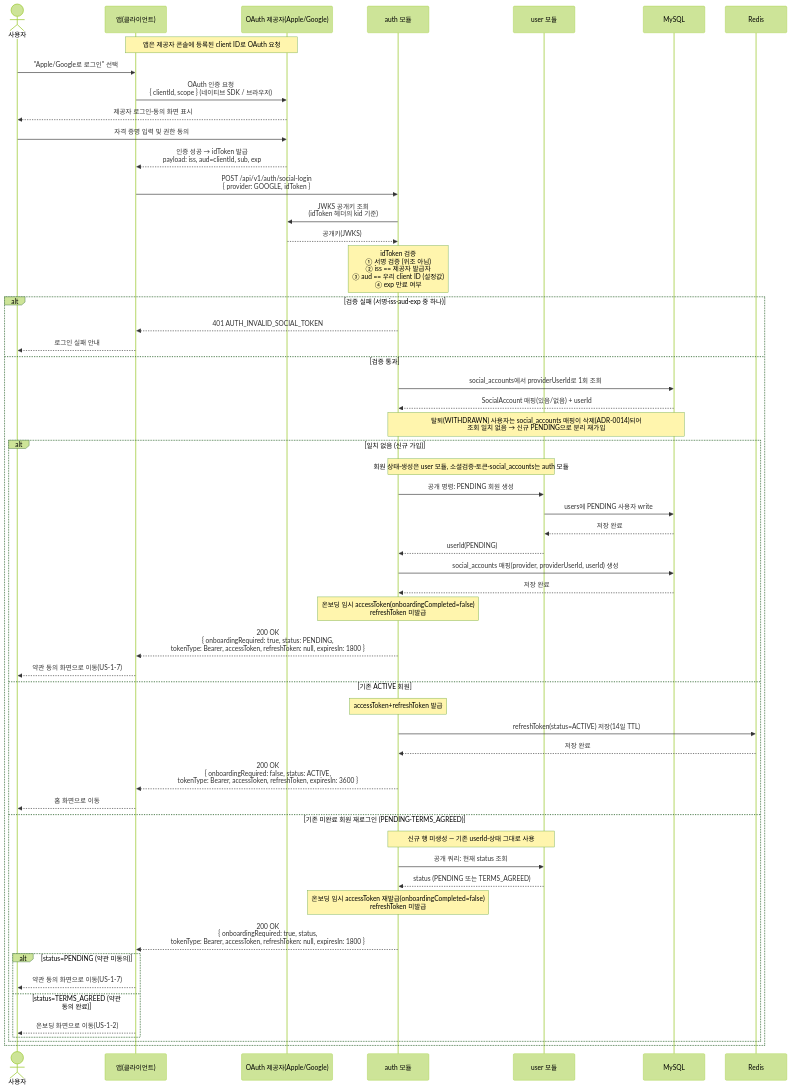
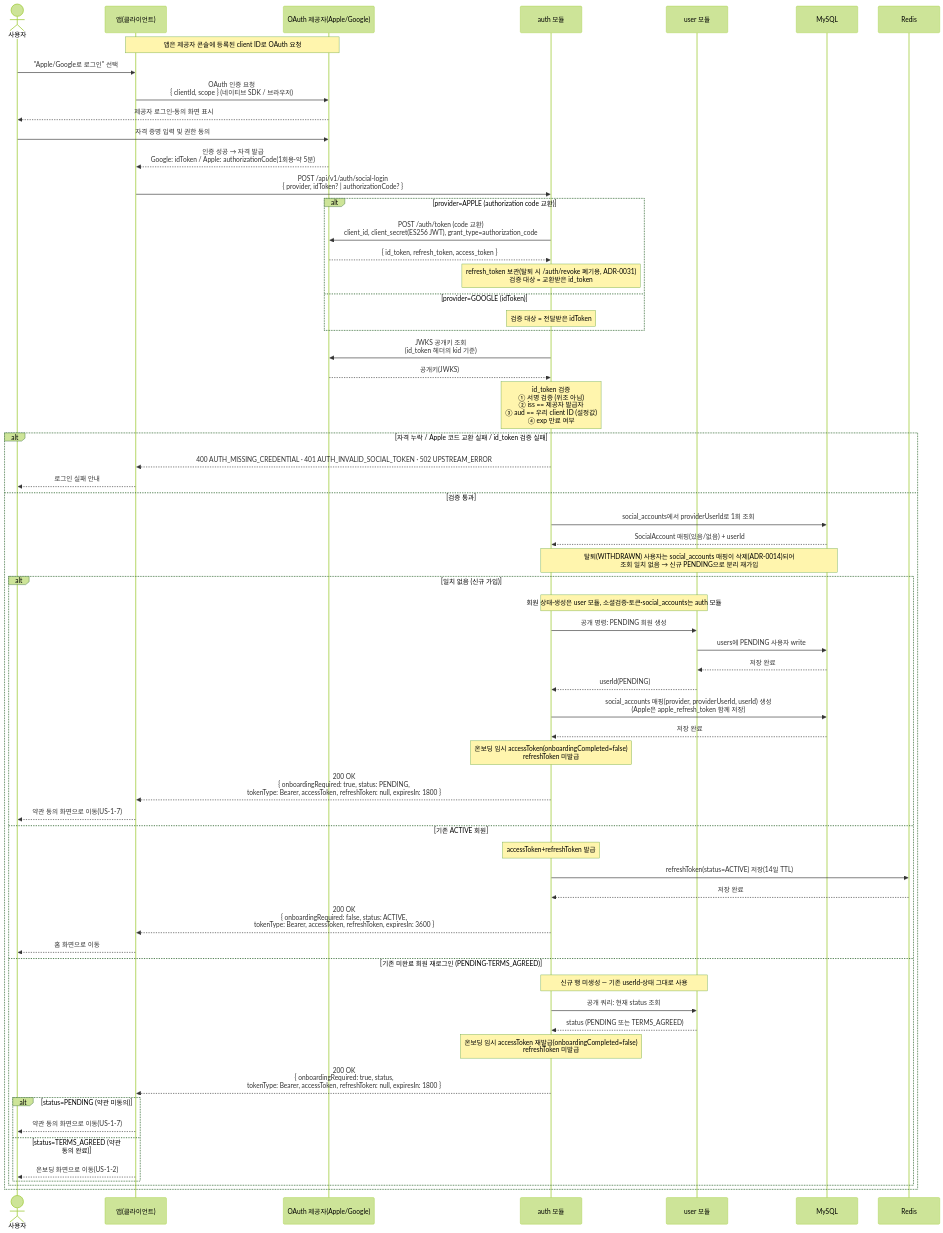
One commit to jameskim9509/Kohere-backend changed the diagram in docs/architecture/sequence-diagrams/01-auth-onboarding/us-1-1-social-login.md. Above: the diagram before and after it, drawn with Mermaid (forest theme). The commit also changed other lines of this file and 7 other files, not shown here.

First line of the commit message:
docs(auth): Apple 로그인 인가코드 방식 전환 설계 문서화

````diff
--- a/docs/architecture/sequence-diagrams/01-auth-onboarding/us-1-1-social-login.md
+++ b/docs/architecture/sequence-diagrams/01-auth-onboarding/us-1-1-social-login.md
@@ -7,58 +7,65 @@
 ```mermaid
 sequenceDiagram
     actor U as 사용자
     participant C as 앱(클라이언트)
     participant P as OAuth 제공자(Apple/Google)
     participant S as auth 모듈
     participant USER as user 모듈
     participant SQL as MySQL
     participant RDS as Redis
 
     Note over C,P: 앱은 제공자 콘솔에 등록된 client ID로 OAuth 요청
     U->>C: "Apple/Google로 로그인" 선택
     C->>P: OAuth 인증 요청<br/>{ clientId, scope } (네이티브 SDK / 브라우저)
     P-->>U: 제공자 로그인·동의 화면 표시
     U->>P: 자격 증명 입력 및 권한 동의
-    P-->>C: 인증 성공 → idToken 발급<br/>payload: iss, aud=clientId, sub, exp
-    C->>S: POST /api/v1/auth/social-login<br/>{ provider: GOOGLE, idToken }
-    S->>P: JWKS 공개키 조회<br/>(idToken 헤더의 kid 기준)
+    P-->>C: 인증 성공 → 자격 발급<br/>Google: idToken / Apple: authorizationCode(1회용·약 5분)
+    C->>S: POST /api/v1/auth/social-login<br/>{ provider, idToken? | authorizationCode? }
+    alt provider=APPLE (authorization code 교환)
+        S->>P: POST /auth/token (code 교환)<br/>client_id, client_secret(ES256 JWT), grant_type=authorization_code
+        P-->>S: { id_token, refresh_token, access_token }
+        Note over S: refresh_token 보관(탈퇴 시 /auth/revoke 폐기용, ADR-0031)<br/>검증 대상 = 교환받은 id_token
+    else provider=GOOGLE (idToken)
+        Note over S: 검증 대상 = 전달받은 idToken
+    end
+    S->>P: JWKS 공개키 조회<br/>(id_token 헤더의 kid 기준)
     P-->>S: 공개키(JWKS)
-    Note over S: idToken 검증<br/>① 서명 검증 (위조 아님)<br/>② iss == 제공자 발급자<br/>③ aud == 우리 client ID (설정값)<br/>④ exp 만료 여부
-    alt 검증 실패 (서명·iss·aud·exp 중 하나)
-        S-->>C: 401 AUTH_INVALID_SOCIAL_TOKEN
+    Note over S: id_token 검증<br/>① 서명 검증 (위조 아님)<br/>② iss == 제공자 발급자<br/>③ aud == 우리 client ID (설정값)<br/>④ exp 만료 여부
+    alt 자격 누락 / Apple 코드 교환 실패 / id_token 검증 실패
+        S-->>C: 400 AUTH_MISSING_CREDENTIAL · 401 AUTH_INVALID_SOCIAL_TOKEN · 502 UPSTREAM_ERROR
         C-->>U: 로그인 실패 안내
     else 검증 통과
         S->>SQL: social_accounts에서 providerUserId로 1회 조회
         SQL-->>S: SocialAccount 매핑(있음/없음) + userId
         Note over S,SQL: 탈퇴(WITHDRAWN) 사용자는 social_accounts 매핑이 삭제(ADR-0014)되어<br/>조회 일치 없음 → 신규 PENDING으로 분리 재가입
         alt 일치 없음 (신규 가입)
             Note over S,USER: 회원 상태·생성은 user 모듈, 소셜검증·토큰·social_accounts는 auth 모듈
             S->>USER: 공개 명령: PENDING 회원 생성
             USER->>SQL: users에 PENDING 사용자 write
             SQL-->>USER: 저장 완료
             USER-->>S: userId(PENDING)
-            S->>SQL: social_accounts 매핑(provider, providerUserId, userId) 생성
+            S->>SQL: social_accounts 매핑(provider, providerUserId, userId) 생성<br/>(Apple은 apple_refresh_token 함께 저장)
             SQL-->>S: 저장 완료
             Note over S: 온보딩 임시 accessToken(onboardingCompleted=false)<br/>refreshToken 미발급
             S-->>C: 200 OK<br/>{ onboardingRequired: true, status: PENDING,<br/>tokenType: Bearer, accessToken, refreshToken: null, expiresIn: 1800 }
             C-->>U: 약관 동의 화면으로 이동(US-1-7)
         else 기존 ACTIVE 회원
             Note over S: accessToken+refreshToken 발급
             S->>RDS: refreshToken(status=ACTIVE) 저장(14일 TTL)
             RDS-->>S: 저장 완료
             S-->>C: 200 OK<br/>{ onboardingRequired: false, status: ACTIVE,<br/>tokenType: Bearer, accessToken, refreshToken, expiresIn: 3600 }
             C-->>U: 홈 화면으로 이동
         else 기존 미완료 회원 재로그인 (PENDING·TERMS_AGREED)
             Note over S,USER: 신규 행 미생성 — 기존 userId·상태 그대로 사용
             S->>USER: 공개 쿼리: 현재 status 조회
             USER-->>S: status (PENDING 또는 TERMS_AGREED)
             Note over S: 온보딩 임시 accessToken 재발급(onboardingCompleted=false)<br/>refreshToken 미발급
             S-->>C: 200 OK<br/>{ onboardingRequired: true, status,<br/>tokenType: Bearer, accessToken, refreshToken: null, expiresIn: 1800 }
             alt status=PENDING (약관 미동의)
                 C-->>U: 약관 동의 화면으로 이동(US-1-7)
             else status=TERMS_AGREED (약관 동의 완료)
                 C-->>U: 온보딩 화면으로 이동(US-1-2)
             end
         end
     end
 ```
````
